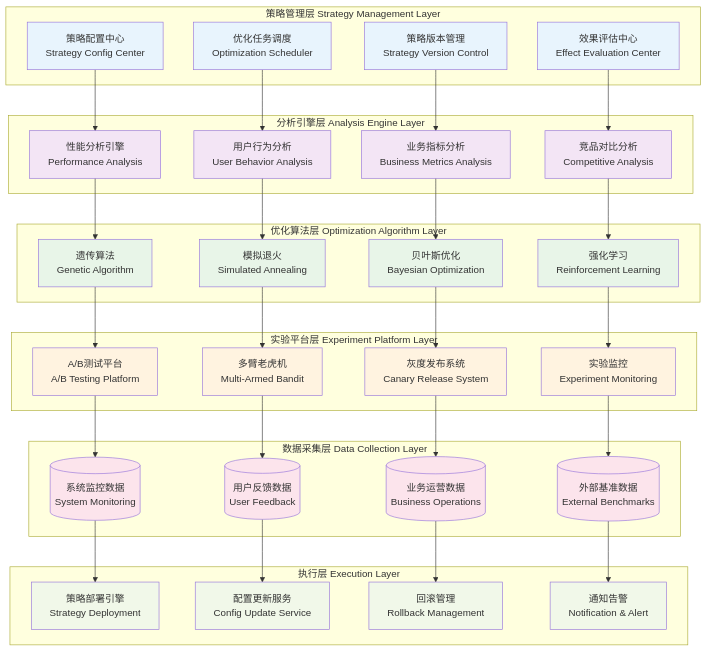
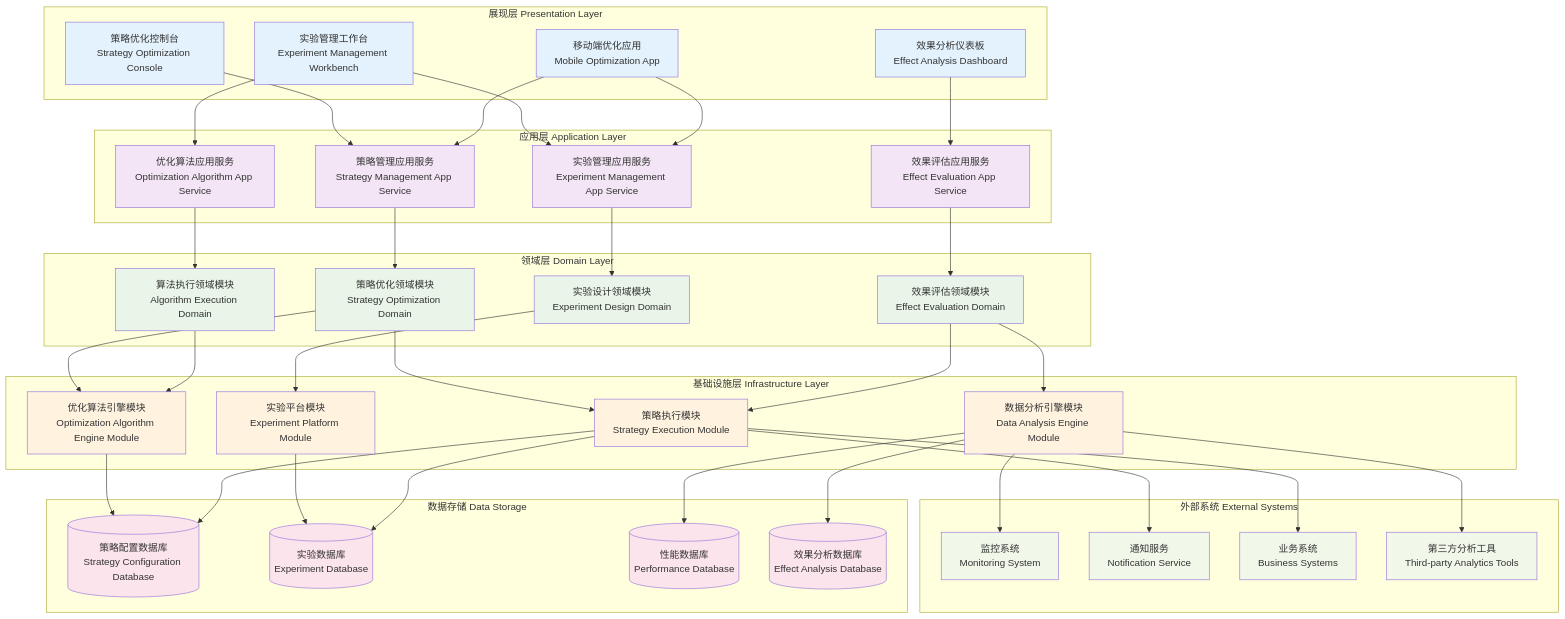
The diagram in 24.2.7_strategy_optimization_architecture.md (xsl625/-), drawn with Mermaid before and after one commit. The commit also changed other lines of this file and 6 other files, not shown here.

Commit message:
Refactor architecture diagrams with modular layered design approach

````diff
--- a/24.2.7_strategy_optimization_architecture.md
+++ b/24.2.7_strategy_optimization_architecture.md
@@ -8,94 +8,106 @@
 ```mermaid
 graph TB
-    subgraph "策略管理层 Strategy Management Layer"
-        A[策略配置中心<br/>Strategy Config Center]
-        B[优化任务调度<br/>Optimization Scheduler]
-        C[策略版本管理<br/>Strategy Version Control]
-        D[效果评估中心<br/>Effect Evaluation Center]
+    subgraph "展现层 Presentation Layer"
+        A[策略优化控制台<br/>Strategy Optimization Console]
+        B[实验管理工作台<br/>Experiment Management Workbench]
+        C[效果分析仪表板<br/>Effect Analysis Dashboard]
+        D[移动端优化应用<br/>Mobile Optimization App]
     end
     
-    subgraph "分析引擎层 Analysis Engine Layer"
-        E[性能分析引擎<br/>Performance Analysis]
-        F[用户行为分析<br/>User Behavior Analysis]
-        G[业务指标分析<br/>Business Metrics Analysis]
-        H[竞品对比分析<br/>Competitive Analysis]
+    subgraph "应用层 Application Layer"
+        E[策略管理应用服务<br/>Strategy Management App Service]
+        F[优化算法应用服务<br/>Optimization Algorithm App Service]
+        G[实验管理应用服务<br/>Experiment Management App Service]
+        H[效果评估应用服务<br/>Effect Evaluation App Service]
     end
     
-    subgraph "优化算法层 Optimization Algorithm Layer"
-        I[遗传算法<br/>Genetic Algorithm]
-        J[模拟退火<br/>Simulated Annealing]
-        K[贝叶斯优化<br/>Bayesian Optimization]
-        L[强化学习<br/>Reinforcement Learning]
+    subgraph "领域层 Domain Layer"
+        I[策略优化领域模块<br/>Strategy Optimization Domain]
+        J[算法执行领域模块<br/>Algorithm Execution Domain]
+        K[实验设计领域模块<br/>Experiment Design Domain]
+        L[效果评估领域模块<br/>Effect Evaluation Domain]
     end
     
-    subgraph "实验平台层 Experiment Platform Layer"
-        M[A/B测试平台<br/>A/B Testing Platform]
-        N[多臂老虎机<br/>Multi-Armed Bandit]
-        O[灰度发布系统<br/>Canary Release System]
-        P[实验监控<br/>Experiment Monitoring]
+    subgraph "基础设施层 Infrastructure Layer"
+        M[优化算法引擎模块<br/>Optimization Algorithm Engine Module]
+        N[实验平台模块<br/>Experiment Platform Module]
+        O[数据分析引擎模块<br/>Data Analysis Engine Module]
+        P[策略执行模块<br/>Strategy Execution Module]
     end
     
-    subgraph "数据采集层 Data Collection Layer"
-        Q[(系统监控数据<br/>System Monitoring)]
-        R[(用户反馈数据<br/>User Feedback)]
-        S[(业务运营数据<br/>Business Operations)]
-        T[(外部基准数据<br/>External Benchmarks)]
+    subgraph "数据存储 Data Storage"
+        Q[(策略配置数据库<br/>Strategy Configuration Database)]
+        R[(实验数据库<br/>Experiment Database)]
+        S[(性能数据库<br/>Performance Database)]
+        T[(效果分析数据库<br/>Effect Analysis Database)]
     end
     
-    subgraph "执行层 Execution Layer"
-        U[策略部署引擎<br/>Strategy Deployment]
-        V[配置更新服务<br/>Config Update Service]
-        W[回滚管理<br/>Rollback Management]
-        X[通知告警<br/>Notification & Alert]
+    subgraph "外部系统 External Systems"
+        U[监控系统<br/>Monitoring System]
+        V[通知服务<br/>Notification Service]
+        W[业务系统<br/>Business Systems]
+        X[第三方分析工具<br/>Third-party Analytics Tools]
     end
     
+    %% 展现层到应用层
     A --> E
     B --> F
-    C --> G
-    D --> H
+    B --> G
+    C --> H
+    D --> E
+    D --> G
     
+    %% 应用层到领域层
     E --> I
     F --> J
     G --> K
     H --> L
     
+    %% 领域层到基础设施层
     I --> M
-    J --> N
-    K --> O
+    I --> P
+    J --> M
+    K --> N
+    L --> O
     L --> P
     
+    %% 基础设施层到数据存储
     M --> Q
     N --> R
     O --> S
-    P --> T
+    O --> T
+    P --> Q
+    P --> R
     
-    Q --> U
-    R --> V
-    S --> W
-    T --> X
+    %% 基础设施层到外部系统
+    O --> U
+    P --> V
+    P --> W
+    O --> X
     
-    style A fill:#e8f4fd
-    style B fill:#e8f4fd
-    style C fill:#e8f4fd
-    style D fill:#e8f4fd
-    style E fill:#f3e5f5
-    style F fill:#f3e5f5
-    style G fill:#f3e5f5
-    style H fill:#f3e5f5
-    style I fill:#e8f5e8
-    style J fill:#e8f5e8
-    style K fill:#e8f5e8
-    style L fill:#e8f5e8
-    style M fill:#fff3e0
-    style N fill:#fff3e0
-    style O fill:#fff3e0
-    style P fill:#fff3e0
-    style Q fill:#fce4ec
-    style R fill:#fce4ec
-    style S fill:#fce4ec
-    style T fill:#fce4ec
-    style U fill:#f1f8e9
-    style V fill:#f1f8e9
-    style W fill:#f1f8e9
-    style X fill:#f1f8e9
+    %% 样式定义
+    style A fill:#E3F2FD
+    style B fill:#E3F2FD
+    style C fill:#E3F2FD
+    style D fill:#E3F2FD
+    style E fill:#F3E5F5
+    style F fill:#F3E5F5
+    style G fill:#F3E5F5
+    style H fill:#F3E5F5
+    style I fill:#E8F5E8
+    style J fill:#E8F5E8
+    style K fill:#E8F5E8
+    style L fill:#E8F5E8
+    style M fill:#FFF3E0
+    style N fill:#FFF3E0
+    style O fill:#FFF3E0
+    style P fill:#FFF3E0
+    style Q fill:#FCE4EC
+    style R fill:#FCE4EC
+    style S fill:#FCE4EC
+    style T fill:#FCE4EC
+    style U fill:#F1F8E9
+    style V fill:#F1F8E9
+    style W fill:#F1F8E9
+    style X fill:#F1F8E9
 ```
````
